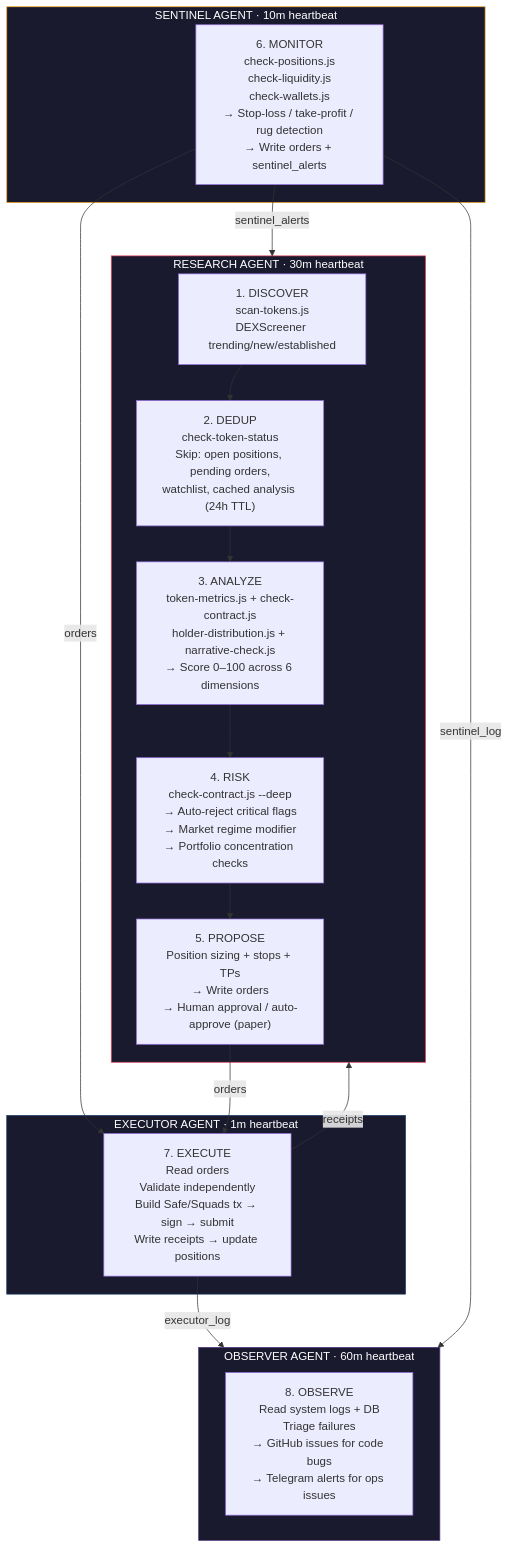
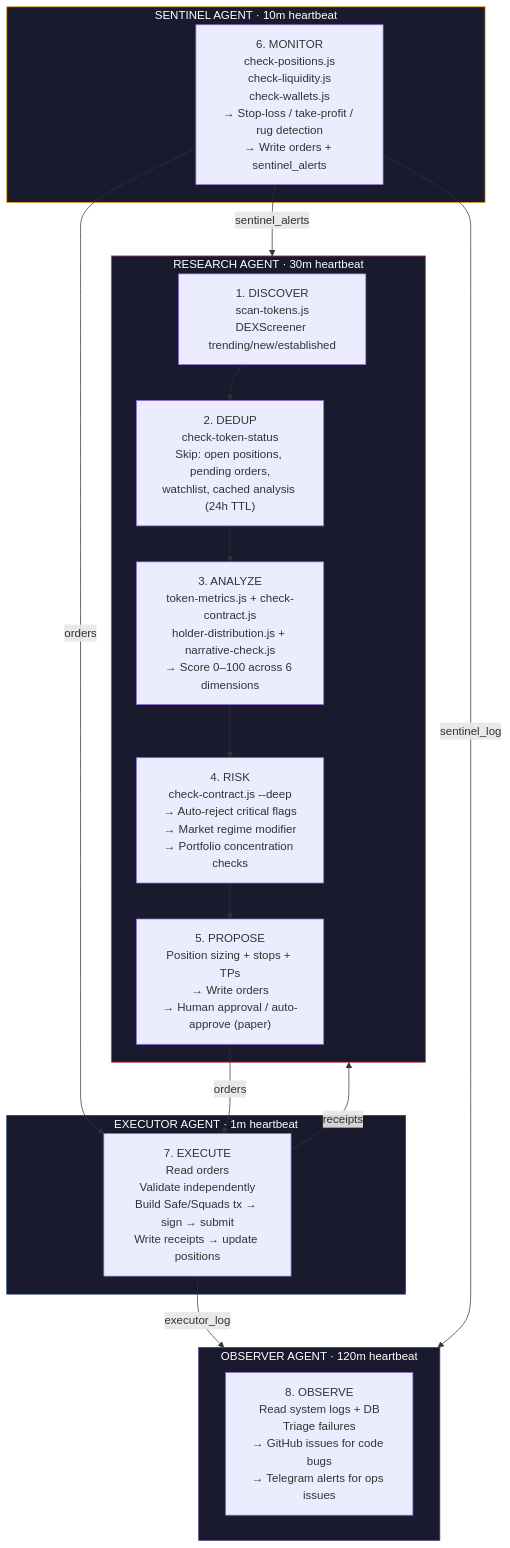
The first of 2 diagrams in README.md (0xb11a/crypto-claw), drawn with Mermaid before and after one commit. The commit also changed other lines of this file and 8 other files, not shown here.

First line of the commit message:
fix: Observer agent exec preflight failures + heartbeat to 120min

````diff
--- a/README.md
+++ b/README.md
@@ -71,35 +71,35 @@
 ```mermaid
 flowchart TD
     subgraph Research["RESEARCH AGENT · 30m heartbeat"]
         D["1. DISCOVER\nscan-tokens.js\nDEXScreener trending/new/established"]
         DD["2. DEDUP\ncheck-token-status\nSkip: open positions, pending orders,\nwatchlist, cached analysis (24h TTL)"]
         A["3. ANALYZE\ntoken-metrics.js + check-contract.js\nholder-distribution.js + narrative-check.js\n→ Score 0–100 across 6 dimensions"]
         R["4. RISK\ncheck-contract.js --deep\n→ Auto-reject critical flags\n→ Market regime modifier\n→ Portfolio concentration checks"]
         P["5. PROPOSE\nPosition sizing + stops + TPs\n→ Write orders\n→ Human approval / auto-approve (paper)"]
         D --> DD --> A --> R --> P
     end
 
     subgraph Sentinel["SENTINEL AGENT · 10m heartbeat"]
         M["6. MONITOR\ncheck-positions.js\ncheck-liquidity.js\ncheck-wallets.js\n→ Stop-loss / take-profit / rug detection\n→ Write orders + sentinel_alerts"]
     end
 
     subgraph Executor["EXECUTOR AGENT · 1m heartbeat"]
         E["7. EXECUTE\nRead orders\nValidate independently\nBuild Safe/Squads tx → sign → submit\nWrite receipts → update positions"]
     end
 
-    subgraph Observer["OBSERVER AGENT · 60m heartbeat"]
+    subgraph Observer["OBSERVER AGENT · 120m heartbeat"]
         O["8. OBSERVE\nRead system logs + DB\nTriage failures\n→ GitHub issues for code bugs\n→ Telegram alerts for ops issues"]
     end
 
     P -- "orders" --> E
     M -- "orders" --> E
     E -- "receipts" --> Research
     M -- "sentinel_alerts" --> Research
     E -- "executor_log" --> Observer
     M -- "sentinel_log" --> Observer
 
     style Research fill:#1a1a2e,stroke:#e94560,color:#fff
     style Sentinel fill:#1a1a2e,stroke:#f5a623,color:#fff
     style Executor fill:#1a1a2e,stroke:#0f3460,color:#fff
     style Observer fill:#1a1a2e,stroke:#533483,color:#fff
 ```
````
